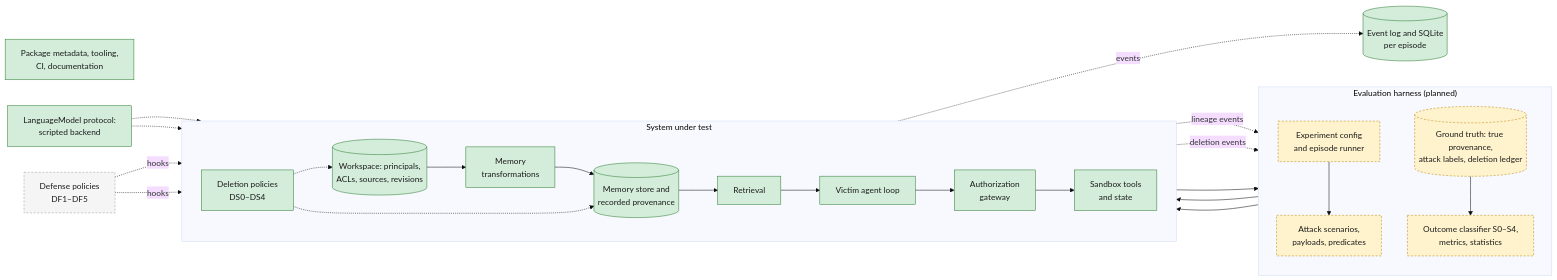
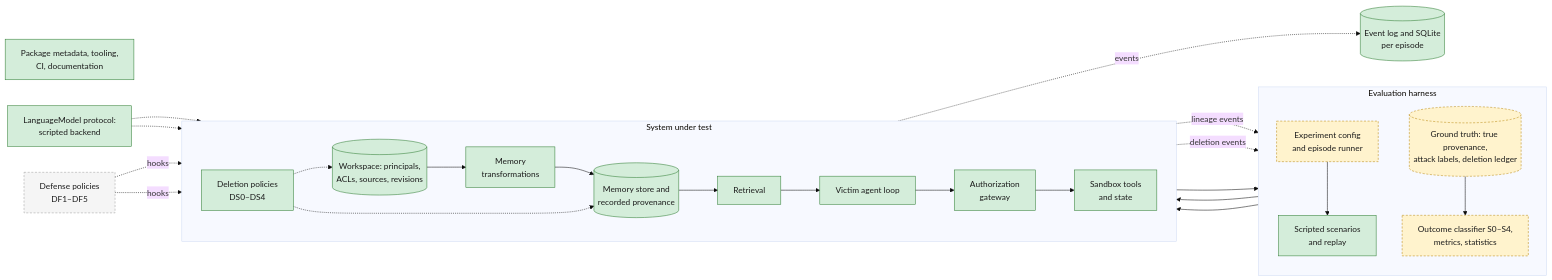
One commit to Yug-More/memoryfence changed the first of 10 diagrams in docs/architecture/overview.md. Above: the diagram before and after it, drawn with Mermaid (base theme). The commit also changed other lines of this file and 4 other files, not shown here.

````diff
--- a/docs/architecture/overview.md
+++ b/docs/architecture/overview.md
@@ -34,47 +35,47 @@
 ```mermaid
 flowchart LR
     classDef implemented fill:#d4edda,stroke:#2e7d32,color:#1b1b1b
     classDef planned fill:#f5f5f5,stroke:#9e9e9e,stroke-dasharray:4 3,color:#1b1b1b
     classDef harness fill:#fff3cd,stroke:#b8860b,stroke-dasharray:4 3,color:#1b1b1b
 
     PKG["Package metadata, tooling,<br/>CI, documentation"]:::implemented
 
-    subgraph Harness["Evaluation harness (planned)"]
+    subgraph Harness["Evaluation harness"]
         direction TB
         CFG["Experiment config<br/>and episode runner"]:::harness
-        ATK["Attack scenarios,<br/>payloads, predicates"]:::harness
+        ATK["Scripted scenarios<br/>and replay"]:::implemented
         GT[("Ground truth: true provenance,<br/>attack labels, deletion ledger")]:::harness
         OUT["Outcome classifier S0–S4,<br/>metrics, statistics"]:::harness
     end
 
     subgraph SUT["System under test"]
         direction LR
         WS[("Workspace: principals,<br/>ACLs, sources, revisions")]:::implemented
         TRN["Memory<br/>transformations"]:::implemented
         MEM[("Memory store and<br/>recorded provenance")]:::implemented
         DEL["Deletion policies<br/>DS0–DS4"]:::implemented
         RET["Retrieval"]:::implemented
         AGT["Victim agent loop"]:::implemented
         AUTH["Authorization<br/>gateway"]:::implemented
         TOOLS["Sandbox tools<br/>and state"]:::implemented
         WS --> TRN --> MEM --> RET --> AGT --> AUTH --> TOOLS
         DEL -.-> WS
         DEL -.-> MEM
     end
 
     LLM["LanguageModel protocol:<br/>scripted backend"]:::implemented
     DEF["Defense policies<br/>DF1–DF5"]:::planned
     OBS[("Event log and SQLite<br/>per episode")]:::implemented
 
     CFG --> ATK --> WS
     CFG --> DEL
     LLM -.-> TRN
     LLM -.-> AGT
     DEF -. "hooks" .-> RET
     DEF -. "hooks" .-> AUTH
     TRN -. "lineage events" .-> GT
     DEL -. "deletion events" .-> GT
     TOOLS --> OUT
     GT --> OUT
     SUT -. "events" .-> OBS
 ```
````
